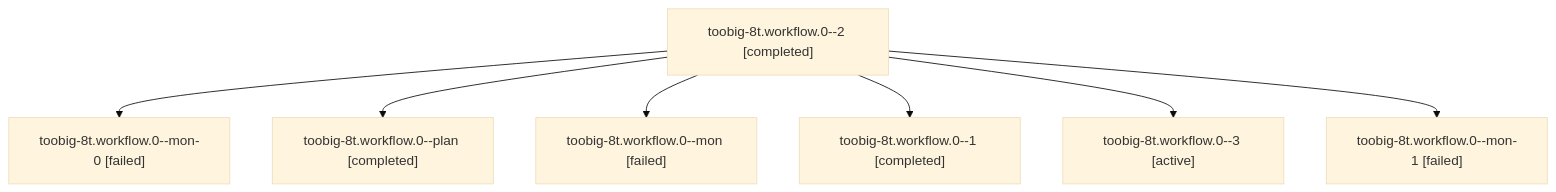
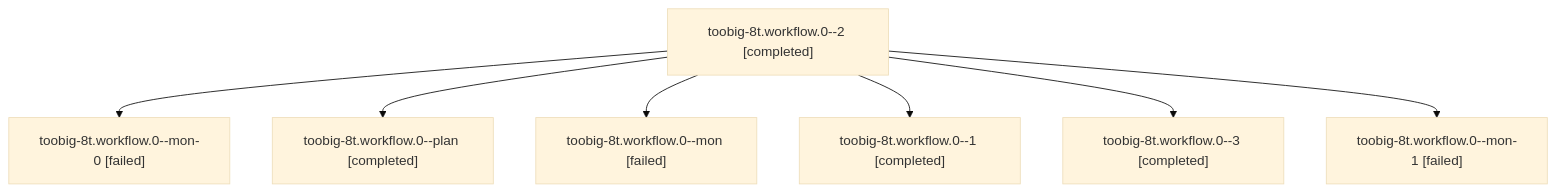
Before and after one commit to sase-org/sase--agents: the diagram in sessions/bbugyi200.athena.toobig-8t.workflow.0.md, drawn with Mermaid (base theme). The commit also changed other lines of this file and 25 other files, not shown here.

````diff
--- a/sessions/bbugyi200.athena.toobig-8t.workflow.0.md
+++ b/sessions/bbugyi200.athena.toobig-8t.workflow.0.md
@@ -9,16 +9,16 @@
 ```mermaid
 flowchart TD
   n0["toobig-8t.workflow.0--2 [completed]"]
   n1["toobig-8t.workflow.0--mon-0 [failed]"]
   n0 --> n1
   n2["toobig-8t.workflow.0--plan [completed]"]
   n0 --> n2
   n3["toobig-8t.workflow.0--mon [failed]"]
   n0 --> n3
   n4["toobig-8t.workflow.0--1 [completed]"]
   n0 --> n4
-  n5["toobig-8t.workflow.0--3 [active]"]
+  n5["toobig-8t.workflow.0--3 [completed]"]
   n0 --> n5
   n6["toobig-8t.workflow.0--mon-1 [failed]"]
   n0 --> n6
 ```
````
